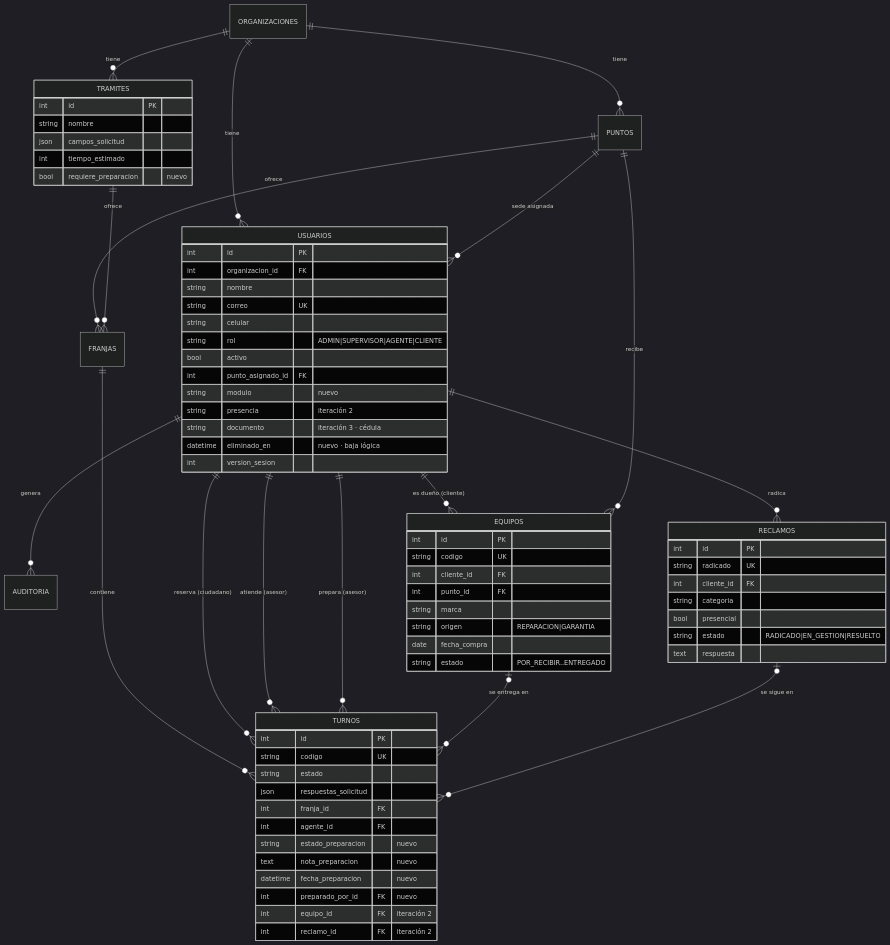
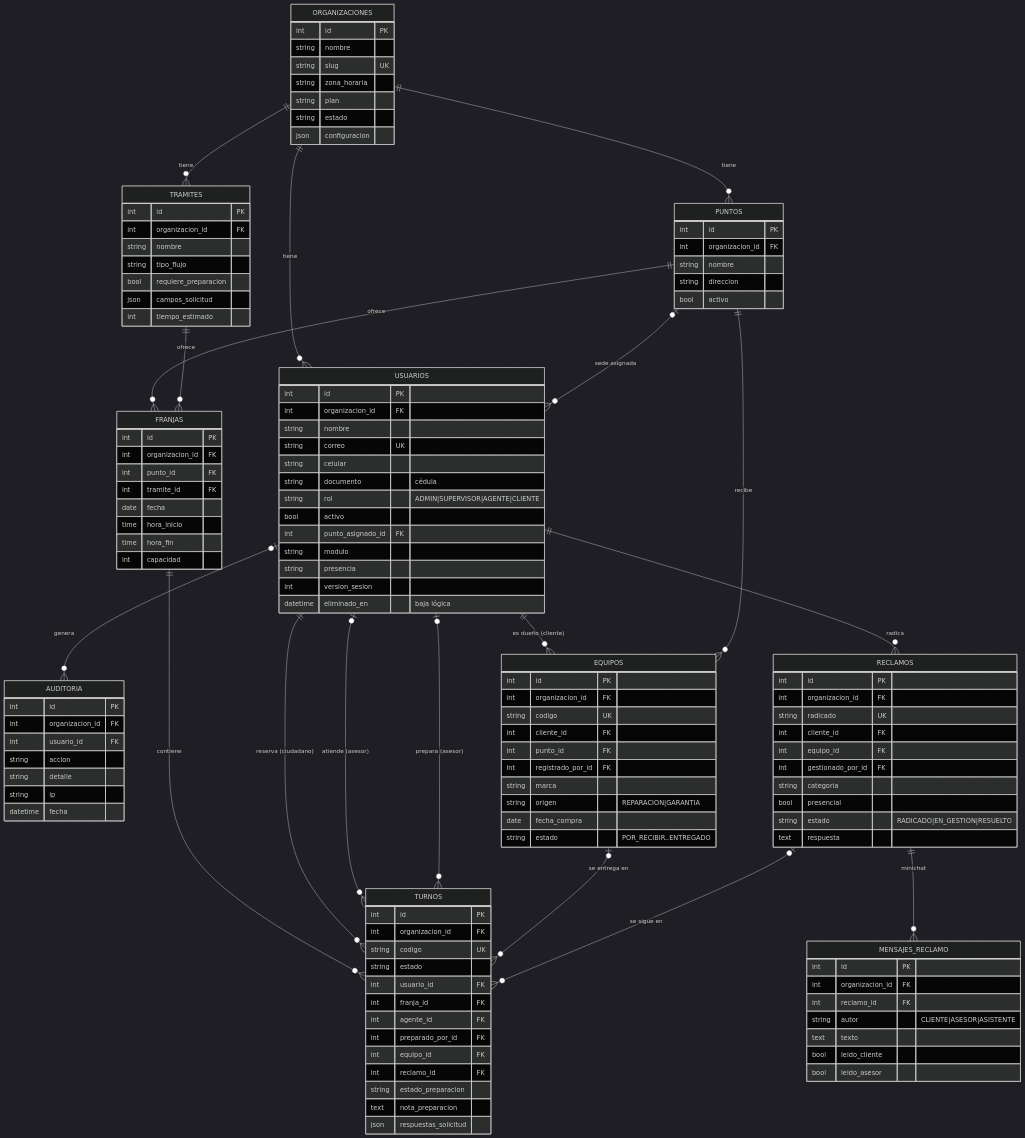
One commit to ElkinUCC/FilaCero changed the third of 3 diagrams in docs/arquitectura/04-arquitectura-logica.md. Above: the diagram before and after it, drawn with Mermaid (dark theme). The commit also changed other lines of this file and 137 other files, not shown here.

````diff
--- a/docs/arquitectura/04-arquitectura-logica.md
+++ b/docs/arquitectura/04-arquitectura-logica.md
@@ -151,57 +159,89 @@
     TRAMITES ||--o{ FRANJAS : ofrece
     FRANJAS ||--o{ TURNOS : contiene
     USUARIOS ||--o{ TURNOS : "reserva (ciudadano)"
-    USUARIOS ||--o{ TURNOS : "atiende (asesor)"
-    USUARIOS ||--o{ TURNOS : "prepara (asesor)"
-    PUNTOS ||--o{ USUARIOS : "sede asignada"
-    USUARIOS ||--o{ AUDITORIA : genera
+    USUARIOS |o--o{ TURNOS : "atiende (asesor)"
+    USUARIOS |o--o{ TURNOS : "prepara (asesor)"
+    PUNTOS |o--o{ USUARIOS : "sede asignada"
+    USUARIOS |o--o{ AUDITORIA : genera
     USUARIOS ||--o{ EQUIPOS : "es dueño (cliente)"
     PUNTOS ||--o{ EQUIPOS : recibe
     EQUIPOS |o--o{ TURNOS : "se entrega en"
     USUARIOS ||--o{ RECLAMOS : radica
     RECLAMOS |o--o{ TURNOS : "se sigue en"
+    RECLAMOS ||--o{ MENSAJES_RECLAMO : "minichat"
 
+    ORGANIZACIONES {
+        int id PK
+        string nombre
+        string slug UK
+        string zona_horaria
+        string plan
+        string estado
+        json configuracion
+    }
     USUARIOS {
         int id PK
         int organizacion_id FK
         string nombre
         string correo UK
         string celular
+        string documento "cédula"
         string rol "ADMIN|SUPERVISOR|AGENTE|CLIENTE"
         bool activo
         int punto_asignado_id FK
-        string modulo "nuevo"
-        string presencia "iteración 2"
-        string documento "iteración 3 · cédula"
-        datetime eliminado_en "nuevo · baja lógica"
+        string modulo
+        string presencia
         int version_sesion
+        datetime eliminado_en "baja lógica"
+    }
+    PUNTOS {
+        int id PK
+        int organizacion_id FK
+        string nombre
+        string direccion
+        bool activo
     }
     TRAMITES {
         int id PK
+        int organizacion_id FK
         string nombre
+        string tipo_flujo
+        bool requiere_preparacion
         json campos_solicitud
         int tiempo_estimado
-        bool requiere_preparacion "nuevo"
+    }
+    FRANJAS {
+        int id PK
+        int organizacion_id FK
+        int punto_id FK
+        int tramite_id FK
+        date fecha
+        time hora_inicio
+        time hora_fin
+        int capacidad
     }
     TURNOS {
         int id PK
+        int organizacion_id FK
         string codigo UK
         string estado
-        json respuestas_solicitud
+        int usuario_id FK
         int franja_id FK
         int agente_id FK
-        string estado_preparacion "nuevo"
-        text nota_preparacion "nuevo"
-        datetime fecha_preparacion "nuevo"
-        int preparado_por_id FK "nuevo"
-        int equipo_id FK "iteración 2"
-        int reclamo_id FK "iteración 2"
+        int preparado_por_id FK
+        int equipo_id FK
+        int reclamo_id FK
+        string estado_preparacion
+        text nota_preparacion
+        json respuestas_solicitud
     }
     EQUIPOS {
         int id PK
+        int organizacion_id FK
         string codigo UK
         int cliente_id FK
         int punto_id FK
+        int registrado_por_id FK
         string marca
         string origen "REPARACION|GARANTIA"
         date fecha_compra
@@ -209,11 +249,32 @@
     }
     RECLAMOS {
         int id PK
+        int organizacion_id FK
         string radicado UK
         int cliente_id FK
+        int equipo_id FK
+        int gestionado_por_id FK
         string categoria
         bool presencial
         string estado "RADICADO|EN_GESTION|RESUELTO"
         text respuesta
     }
+    MENSAJES_RECLAMO {
+        int id PK
+        int organizacion_id FK
+        int reclamo_id FK
+        string autor "CLIENTE|ASESOR|ASISTENTE"
+        text texto
+        bool leido_cliente
+        bool leido_asesor
+    }
+    AUDITORIA {
+        int id PK
+        int organizacion_id FK
+        int usuario_id FK
+        string accion
+        string detalle
+        string ip
+        datetime fecha
+    }
 ```
````
